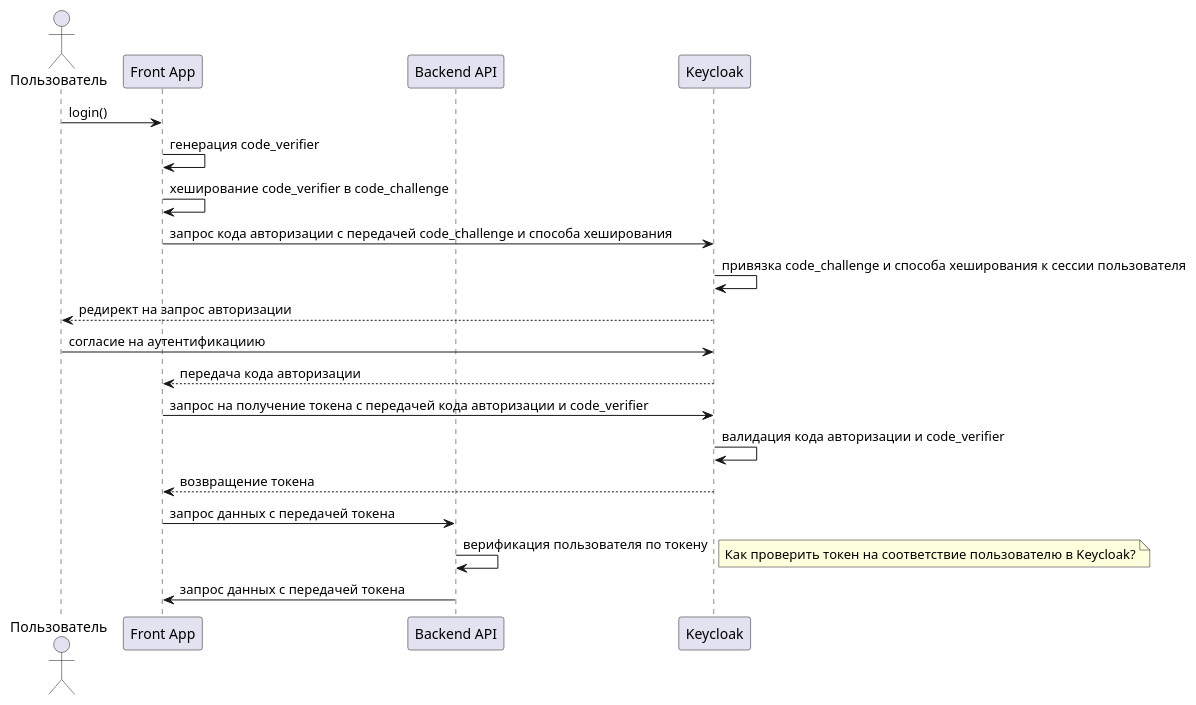
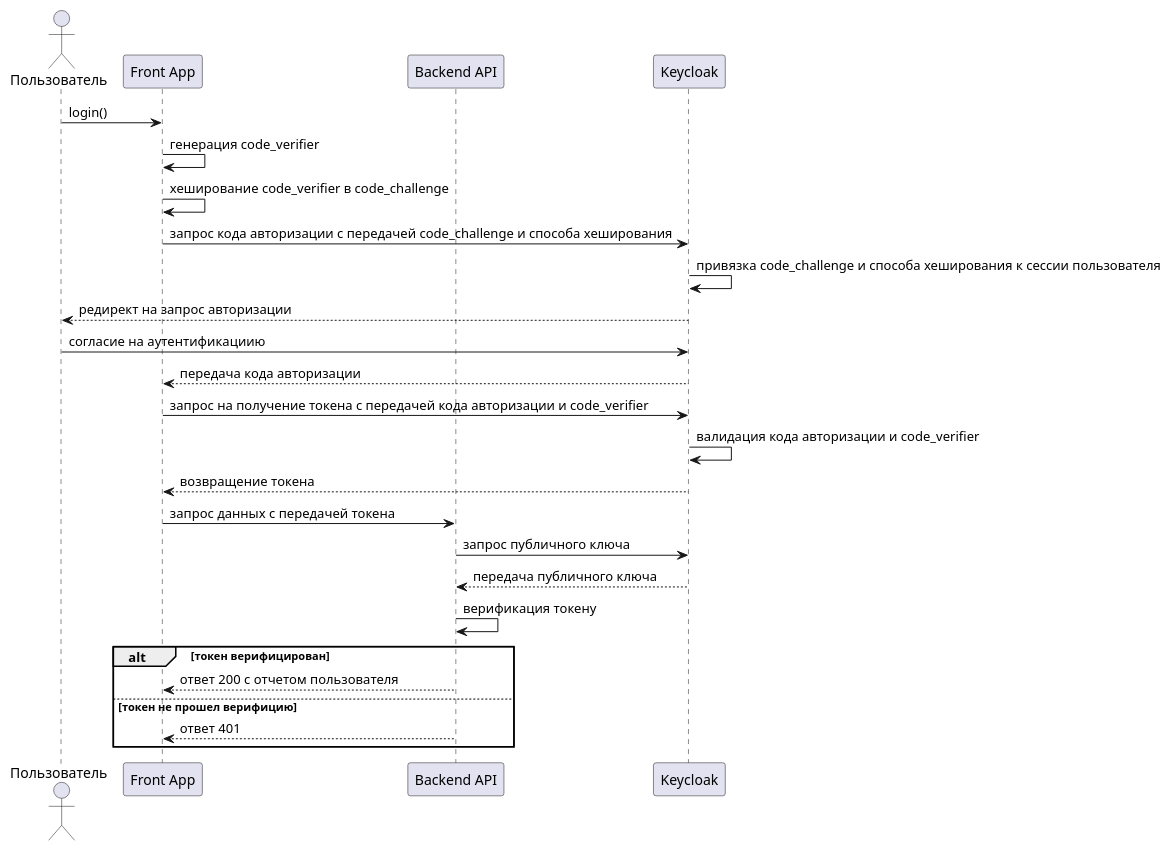
One commit to asbelon/architecture-sprint-8 changed the diagram in arch/sequence-diagram.puml. Above: the diagram before and after it, drawn with PlantUML. The commit also changed 6 other files, not shown here.

```diff
--- a/arch/sequence-diagram.puml
+++ b/arch/sequence-diagram.puml
@@ -1,26 +1,30 @@
 @startuml
 
 actor "Пользователь" as U
 participant "Front App" as F
 participant "Backend API" as B
 participant "Keycloak" as K
 
 U -> F: login()
 F -> F: генерация code_verifier
 F -> F: хеширование code_verifier в code_challenge
 F -> K: запрос кода авторизации с передачей code_challenge и способа хеширования
 K -> K: привязка code_challenge и способа хеширования к сессии пользователя
 K --> U: редирект на запрос авторизации
 U -> K: согласие на аутентификациию
 K --> F: передача кода авторизации
 F -> K: запрос на получение токена с передачей кода авторизации и code_verifier
 K -> K: валидация кода авторизации и code_verifier
 K --> F: возвращение токена
 F -> B: запрос данных с передачей токена
-B -> B: верификация пользователя по токену
-note right
-Как проверить токен на соответствие пользователю в Keycloak?
-end note
-B -> F: запрос данных с передачей токена
+B -> K: запрос публичного ключа
+K --> B: передача публичного ключа
+B -> B: верификация токену
+alt токен верифицирован
+    B --> F: ответ 200 с отчетом пользователя
+else токен не прошел верифицию
+    B --> F: ответ 401
+end
+
 
 @enduml
```
